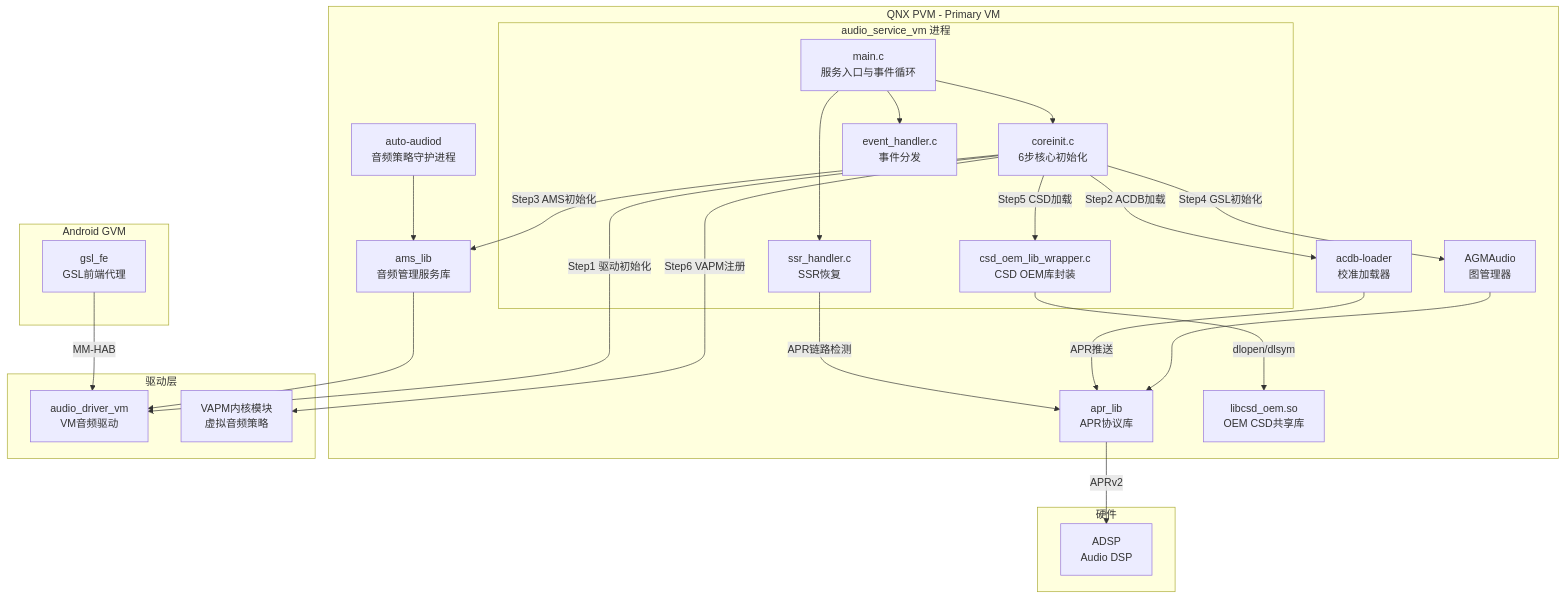
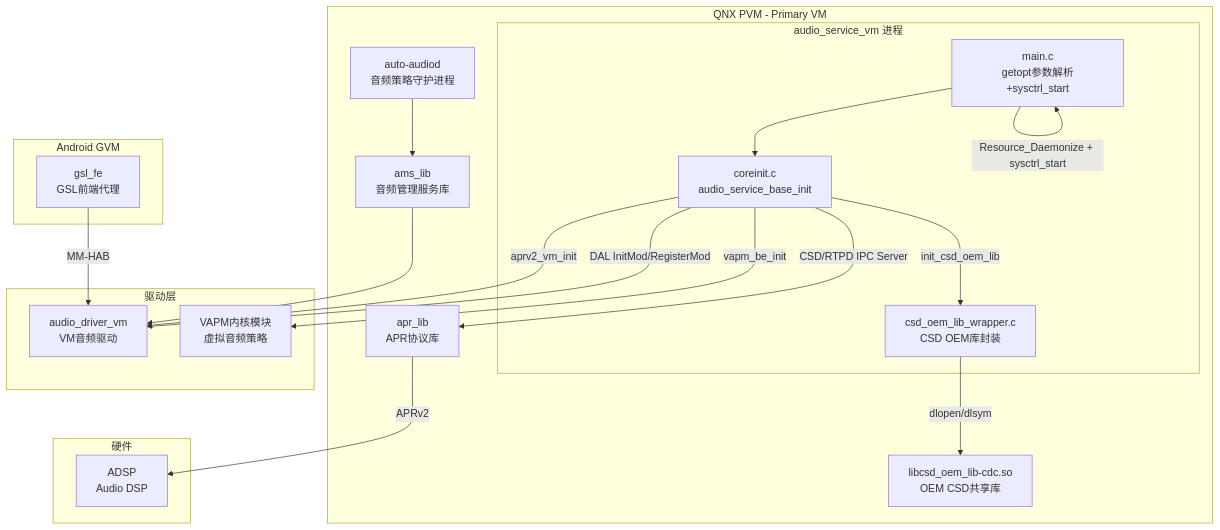
One commit to yanglinzhen1022/SA8295_AAOS_QNX_Audio_KnowledgeBase changed the first of 11 diagrams in 16_Vendor_QNX_Architecture/16_16.17_QNX_audio_service_vm_VM音频服务.md. Above: the diagram before and after it, drawn with Mermaid. The commit also changed other lines of this file and 48 other files, not shown here.

````diff
--- a/16_Vendor_QNX_Architecture/16_16.17_QNX_audio_service_vm_VM音频服务.md
+++ b/16_Vendor_QNX_Architecture/16_16.17_QNX_audio_service_vm_VM音频服务.md
@@ -52,50 +65,41 @@
 ```mermaid
 graph TB
     subgraph QNX_PVM[QNX PVM - Primary VM]
         subgraph audio_service_vm[audio_service_vm 进程]
-            main_entry[main.c<br/>服务入口与事件循环]
-            coreinit_mod[coreinit.c<br/>6步核心初始化]
+            main_entry[main.c<br/>getopt参数解析+sysctrl_start]
+            coreinit_mod[coreinit.c<br/>audio_service_base_init]
             csd_wrapper[csd_oem_lib_wrapper.c<br/>CSD OEM库封装]
-            event_handler[event_handler.c<br/>事件分发]
-            ssr_handler[ssr_handler.c<br/>SSR恢复]
         end
 
         auto_audiod[auto-audiod<br/>音频策略守护进程]
         ams_lib[ams_lib<br/>音频管理服务库]
         apr_lib[apr_lib<br/>APR协议库]
-        agm[AGMAudio<br/>图管理器]
-        acdb_loader[acdb-loader<br/>校准加载器]
-        csd_oem_so[libcsd_oem.so<br/>OEM CSD共享库]
+        csd_oem_so[libcsd_oem_lib-cdc.so<br/>OEM CSD共享库]
     end
 
     subgraph Driver_Layer[驱动层]
         audio_driver_vm[audio_driver_vm<br/>VM音频驱动]
         vapm_kern[VAPM内核模块<br/>虚拟音频策略]
     end
 
     subgraph Android_GVM[Android GVM]
         gsl_fe[gsl_fe<br/>GSL前端代理]
     end
 
     subgraph Hardware[硬件]
         ADSP[ADSP<br/>Audio DSP]
     end
 
     main_entry --> coreinit_mod
-    coreinit_mod -->|Step1 驱动初始化| audio_driver_vm
-    coreinit_mod -->|Step2 ACDB加载| acdb_loader
-    coreinit_mod -->|Step3 AMS初始化| ams_lib
-    coreinit_mod -->|Step4 GSL初始化| agm
-    coreinit_mod -->|Step5 CSD加载| csd_wrapper
-    coreinit_mod -->|Step6 VAPM注册| vapm_kern
+    coreinit_mod -->|DAL InitMod/RegisterMod| audio_driver_vm
+    coreinit_mod -->|CSD/RTPD IPC Server| apr_lib
+    coreinit_mod -->|init_csd_oem_lib| csd_wrapper
+    coreinit_mod -->|aprv2_vm_init| audio_driver_vm
+    coreinit_mod -->|vapm_be_init| vapm_kern
     csd_wrapper -->|dlopen/dlsym| csd_oem_so
-    main_entry --> event_handler
-    main_entry --> ssr_handler
+    main_entry -->|Resource_Daemonize + sysctrl_start| main_entry
     auto_audiod --> ams_lib
-    agm --> apr_lib
     ams_lib --> audio_driver_vm
-    acdb_loader -->|APR推送| apr_lib
     gsl_fe -->|MM-HAB| audio_driver_vm
     apr_lib -->|APRv2| ADSP
-    ssr_handler -->|APR链路检测| apr_lib
 ```
````
